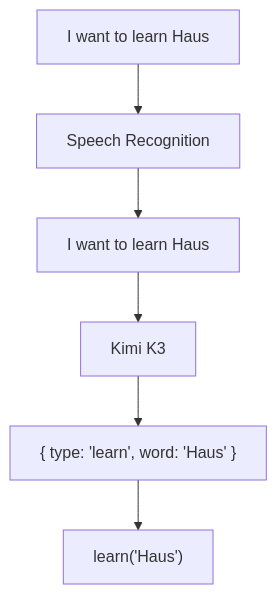
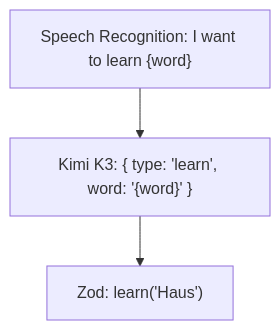
Before and after one commit to hgiesel/octo-potato: the diagram in slides.md, drawn with Mermaid.

Commit message:
feat: simplify

````diff
--- a/slides.md
+++ b/slides.md
@@ -97,15 +97,9 @@
 ```mermaid
 flowchart TD
-    A["I want to learn Haus"]
-    B["Speech Recognition"]
-    C["I want to learn Haus"]
-    D["Kimi K3"]
-    E["{ type: 'learn', word: 'Haus' }"]
-    F["learn('Haus')"]
+    A["Speech Recognition: I want to learn {word}"]
+    B["Kimi K3: { type: 'learn', word: '{word}' }"]
+    C["Zod: learn('Haus')"]
 
     A --> B
     B --> C
-    C --> D
-    D --> E
-    E --> F
 ```
````
